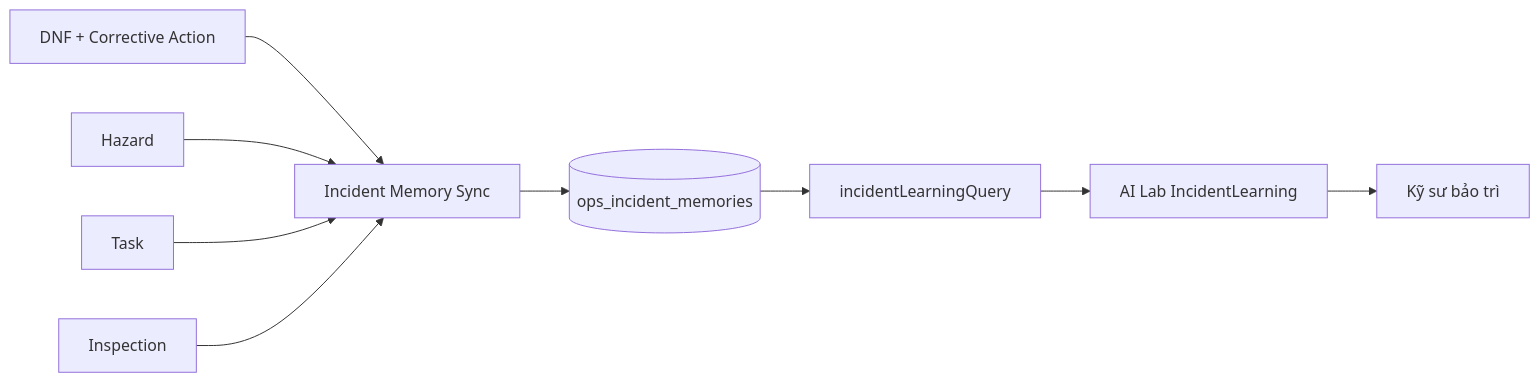
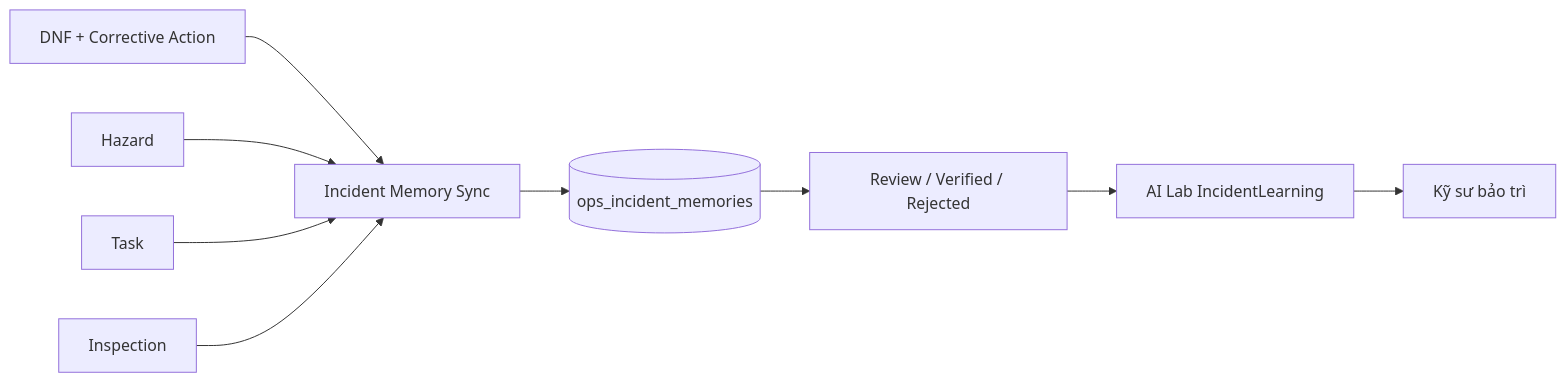
Before and after one commit to hoang12122/Hurc-cdhs: the second of 2 diagrams in docs/1_SYSTEM_ARCHITECTURE.md, drawn with Mermaid. The commit also changed other lines of this file, not shown here.

Commit message:
docs: update architecture after service bus and approval improvements

````diff
--- a/docs/1_SYSTEM_ARCHITECTURE.md
+++ b/docs/1_SYSTEM_ARCHITECTURE.md
@@ -302,11 +278,11 @@
 ```mermaid
 flowchart LR
     DNF[DNF + Corrective Action] --> Sync[Incident Memory Sync]
     Hazard[Hazard] --> Sync
     Task[Task] --> Sync
     Inspection[Inspection] --> Sync
     Sync --> Memory[(ops_incident_memories)]
-    Memory --> Action[incidentLearningQuery]
-    Action --> AILab[AI Lab IncidentLearning]
-    AILab --> Engineer[Kỹ sư bảo trì]
+    Memory --> Approval[Review / Verified / Rejected]
+    Approval --> AI[AI Lab IncidentLearning]
+    AI --> Engineer[Kỹ sư bảo trì]
 ```
````
